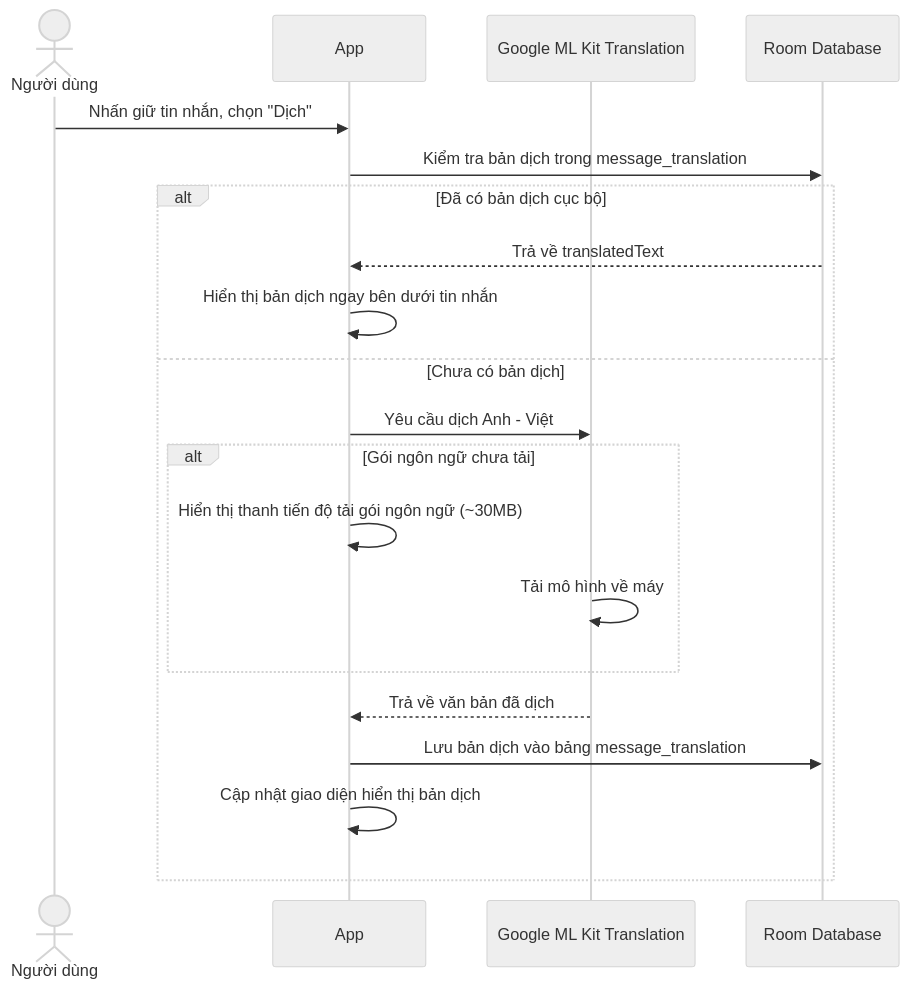
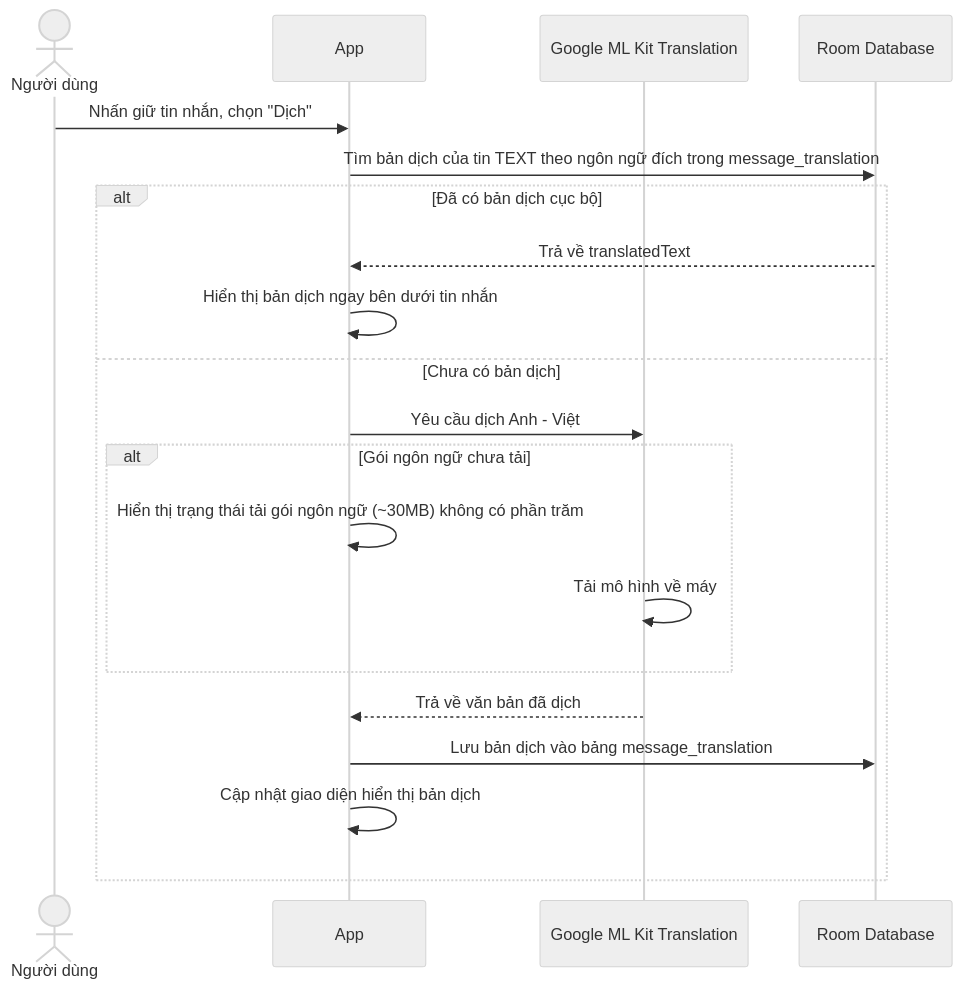
The eighth of 10 diagrams in docs/FLOWS.md (Project-Mobile-TEAM/Project_Mobile), drawn with Mermaid (neutral theme) before and after one commit. The commit also changed other lines of this file and 16 other files, not shown here.

````diff
--- a/docs/FLOWS.md
+++ b/docs/FLOWS.md
@@ -336,22 +336,22 @@
 ```mermaid
 sequenceDiagram
     actor U as Người dùng
     participant App as App
     participant ML as Google ML Kit Translation
     participant DB as Room Database
     U->>App: Nhấn giữ tin nhắn, chọn "Dịch"
-    App->>DB: Kiểm tra bản dịch trong message_translation
+    App->>DB: Tìm bản dịch của tin TEXT theo ngôn ngữ đích trong message_translation
     alt Đã có bản dịch cục bộ
         DB-->>App: Trả về translatedText
         App->>App: Hiển thị bản dịch ngay bên dưới tin nhắn
     else Chưa có bản dịch
         App->>ML: Yêu cầu dịch Anh - Việt
         alt Gói ngôn ngữ chưa tải
-            App->>App: Hiển thị thanh tiến độ tải gói ngôn ngữ (~30MB)
+            App->>App: Hiển thị trạng thái tải gói ngôn ngữ (~30MB) không có phần trăm
             ML->>ML: Tải mô hình về máy
         end
         ML-->>App: Trả về văn bản đã dịch
         App->>DB: Lưu bản dịch vào bảng message_translation
         App->>App: Cập nhật giao diện hiển thị bản dịch
     end
 ```
````
